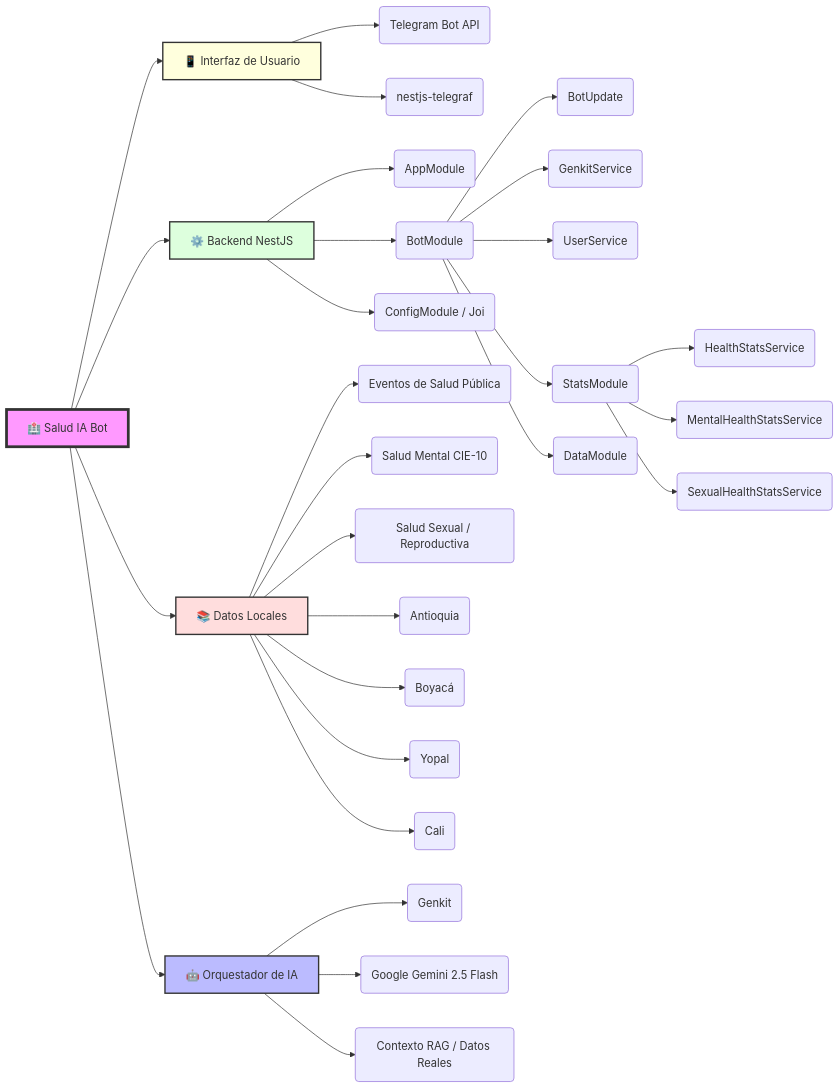
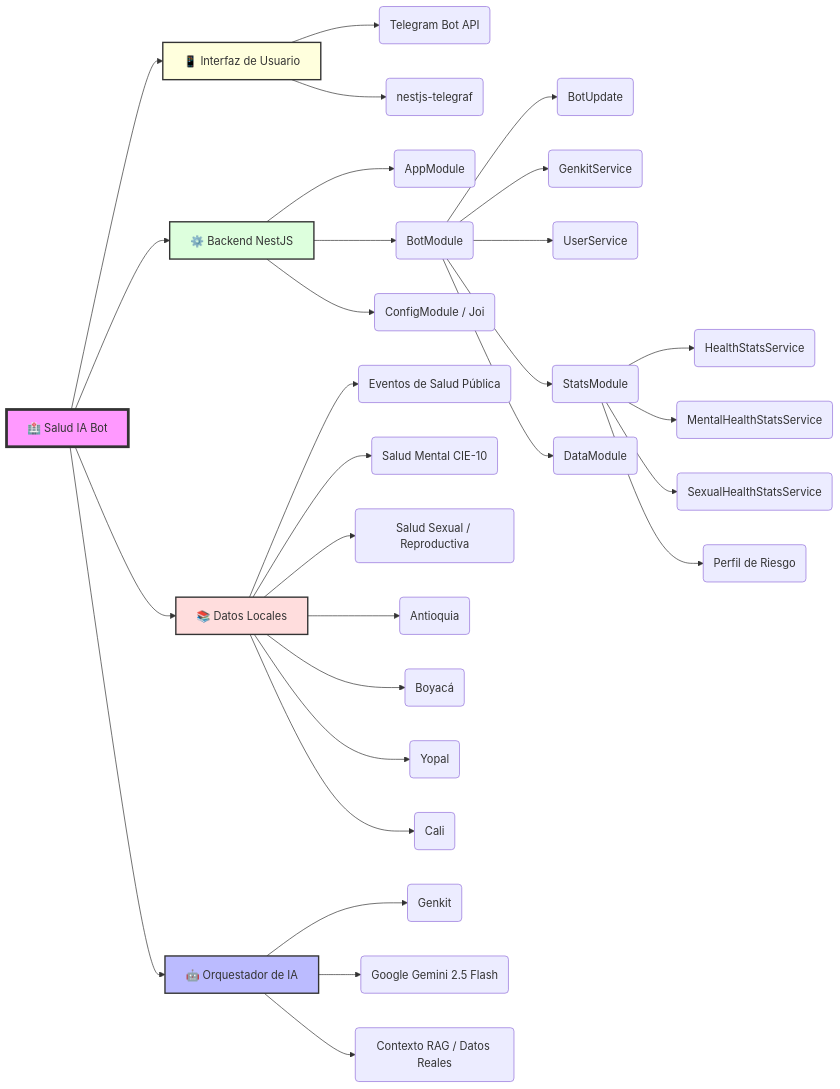
One commit to RubenDarioGuerreroNeira/Ecosistema-IA-Colombia changed the diagram in README.md. Above: the diagram before and after it, drawn with Mermaid. The commit also changed other lines of this file and 3 other files, not shown here.

Commit message:
feat(bot): Add mental health risk profile functionality and update documentation

````diff
--- a/README.md
+++ b/README.md
@@ -22,41 +22,42 @@
 ```mermaid
 graph LR
     Root["🏥 Salud IA Bot"] --> Interface["📱 Interfaz de Usuario"]
     Root --> Core["⚙️ Backend NestJS"]
     Root --> AI["🤖 Orquestador de IA"]
     Root --> Data["📚 Datos Locales"]
 
     Interface --> Telegram("Telegram Bot API")
     Interface --> Telegraf("nestjs-telegraf")
 
     Core --> AppModule("AppModule")
     Core --> BotModule("BotModule")
     Core --> Config("ConfigModule / Joi")
     BotModule --> BotUpdate("BotUpdate")
     BotModule --> GenkitService("GenkitService")
     BotModule --> UserService("UserService")
     BotModule --> StatsModule("StatsModule")
     BotModule --> DataModule("DataModule")
 
     Data --> HealthData("Eventos de Salud Pública")
     Data --> MentalHealth("Salud Mental CIE-10")
     Data --> SexualHealth("Salud Sexual / Reproductiva")
     Data --> Antioquia("Antioquia")
     Data --> Boyaca("Boyacá")
     Data --> Yopal("Yopal")
     Data --> Cali("Cali")
 
     StatsModule --> HealthStats("HealthStatsService")
     StatsModule --> MentalHealthStats("MentalHealthStatsService")
     StatsModule --> SexualHealthStats("SexualHealthStatsService")
+    StatsModule --> RiskProfile("Perfil de Riesgo")
 
     AI --> Genkit("Genkit")
     AI --> Gemini("Google Gemini 2.5 Flash")
     AI --> RAG("Contexto RAG / Datos Reales")
 
     style Root fill:#f9f,stroke:#333,stroke-width:4px
     style AI fill:#bbf,stroke:#333,stroke-width:2px
     style Core fill:#dfd,stroke:#333,stroke-width:2px
     style Interface fill:#ffd,stroke:#333,stroke-width:2px
     style Data fill:#fdd,stroke:#333,stroke-width:2px
 ```
````
